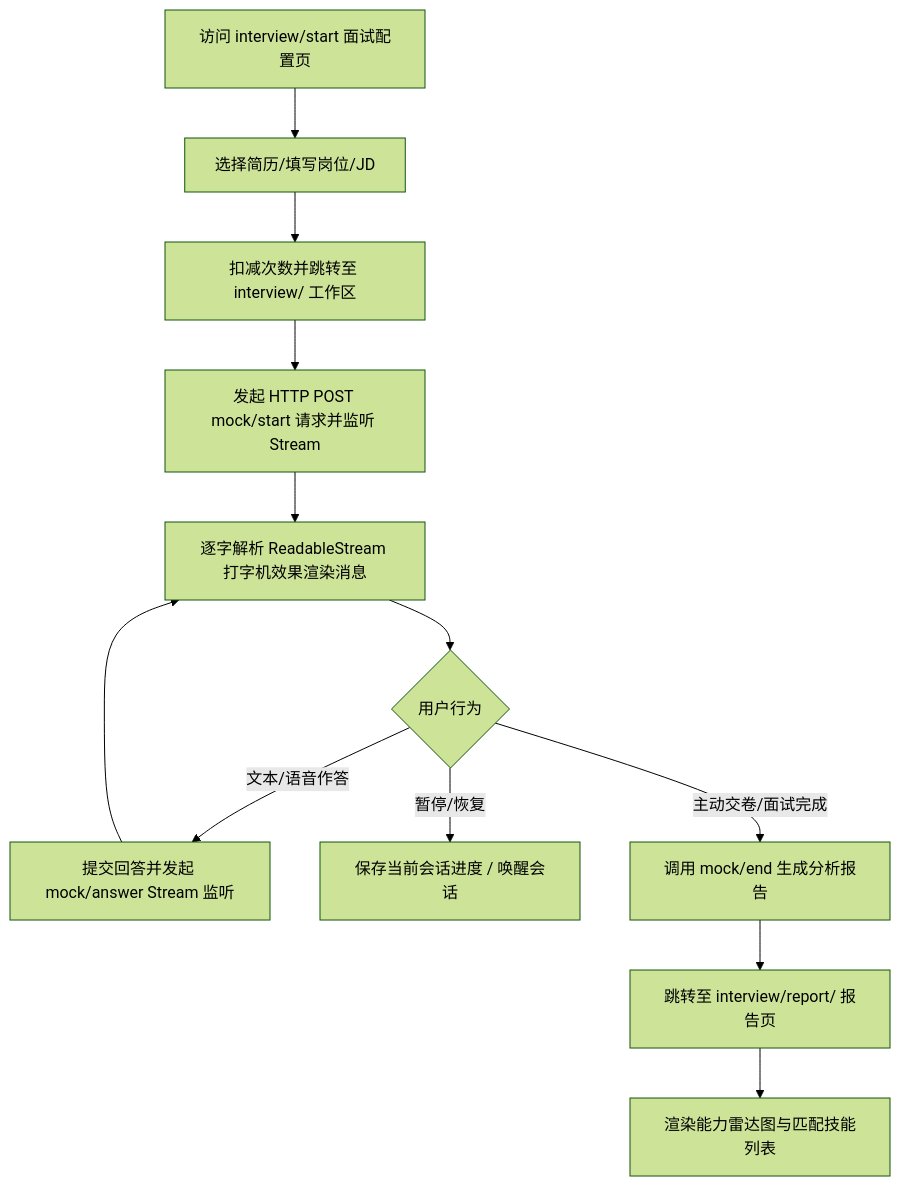
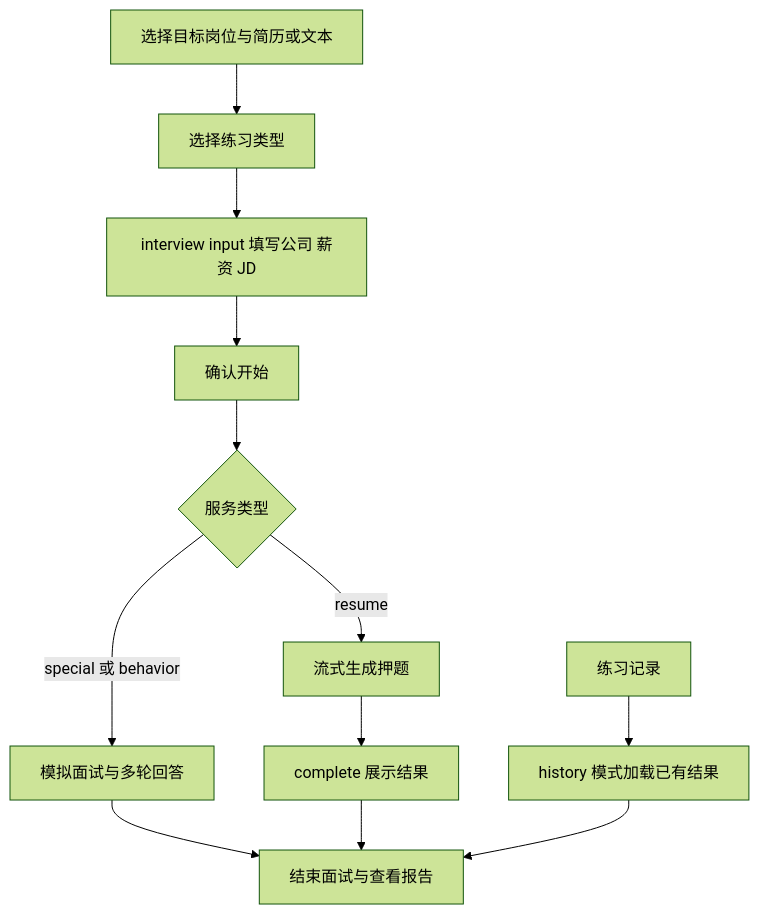
The diagram in apps/web/src/app/interview/Agent.md (KlayPeter/man-shi-mai), drawn with Mermaid (forest theme) before and after one commit. The commit also changed other lines of this file and 40 other files, not shown here.

````diff
--- a/apps/web/src/app/interview/Agent.md
+++ b/apps/web/src/app/interview/Agent.md
@@ -11,18 +5,14 @@
 ```mermaid
-graph TD
-    Start[访问 interview/start 面试配置页] --> Config[选择简历/填写岗位/JD]
-    Config --> Submit[扣减次数并跳转至 interview/ 工作区]
-    
-    Submit --> FetchSSE[发起 HTTP POST mock/start 请求并监听 Stream]
-    FetchSSE --> ReadSSE[逐字解析 ReadableStream 打字机效果渲染消息]
-    ReadSSE --> UserAction{用户行为}
-    
-    UserAction -- 文本/语音作答 --> SubmitAnswer[提交回答并发起 mock/answer Stream 监听]
-    SubmitAnswer --> ReadSSE
-    
-    UserAction -- 暂停/恢复 --> PauseResume[保存当前会话进度 / 唤醒会话]
-    
-    UserAction -- 主动交卷/面试完成 --> EndInterview[调用 mock/end 生成分析报告]
-    EndInterview --> Report[跳转至 interview/report/ 报告页]
-    Report --> RadarChart[渲染能力雷达图与匹配技能列表]
+flowchart TD
+    A[选择目标岗位与简历或文本] --> B[选择练习类型]
+    B --> C[interview input 填写公司 薪资 JD]
+    C --> D[确认开始]
+    D --> E{服务类型}
+    E -->|resume| F[流式生成押题]
+    E -->|special 或 behavior| G[模拟面试与多轮回答]
+    F --> H[complete 展示结果]
+    G --> I[结束面试与查看报告]
+    H --> I
+    J[练习记录] --> K[history 模式加载已有结果]
+    K --> I
 ```
````
